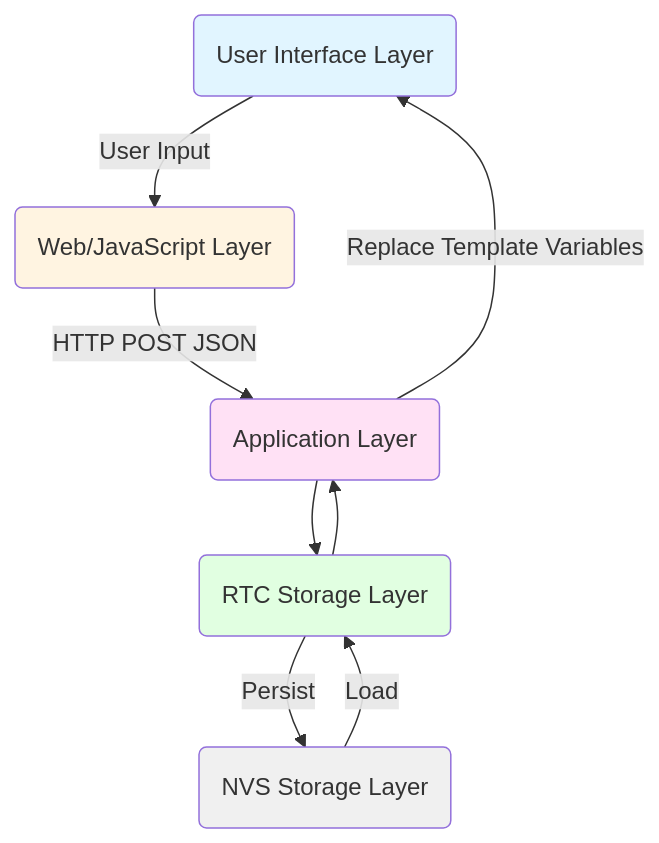
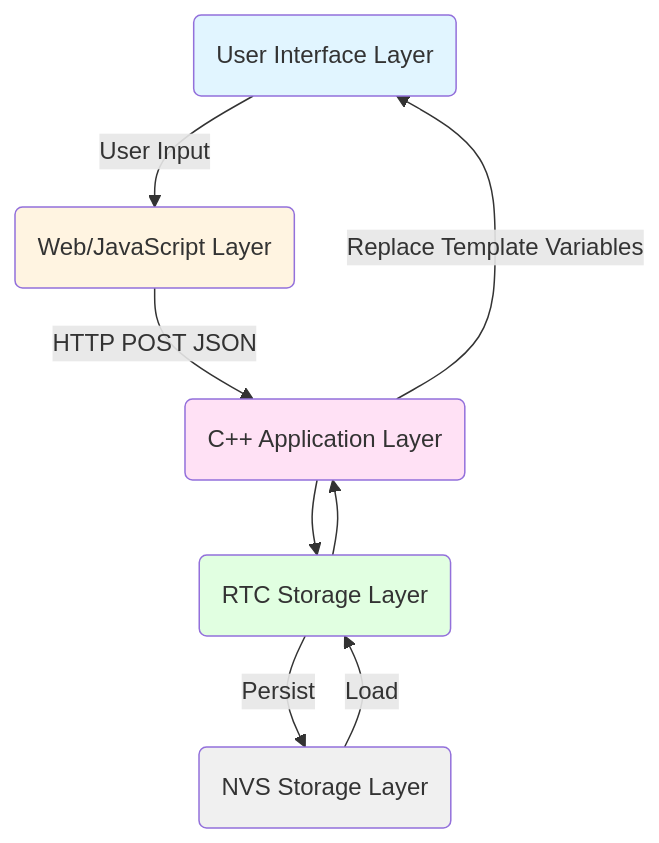
Before and after one commit to gogo-boot/mystation: the first of 4 diagrams in docs/developer-guide/configuration-layers.md, drawn with Mermaid. The commit also changed other lines of this file, not shown here.

````diff
--- a/docs/developer-guide/configuration-layers.md
+++ b/docs/developer-guide/configuration-layers.md
@@ -10,15 +10,15 @@
 ```mermaid
 graph TD
     A(User Interface Layer) -->|User Input| B(Web/JavaScript Layer)
-    B -->|HTTP POST JSON| C(Application Layer)
+    B -->|HTTP POST JSON| C(C++ Application Layer)
     C --> D(RTC Storage Layer)
     D -->|Persist| E(NVS Storage Layer)
     E -->|Load| D
     D --> C
     C -->|Replace Template Variables| A
     style A fill: #e1f5ff
     style B fill: #fff4e1
     style C fill: #ffe1f5
     style D fill: #e1ffe1
     style E fill: #f0f0f0
 ```
````
